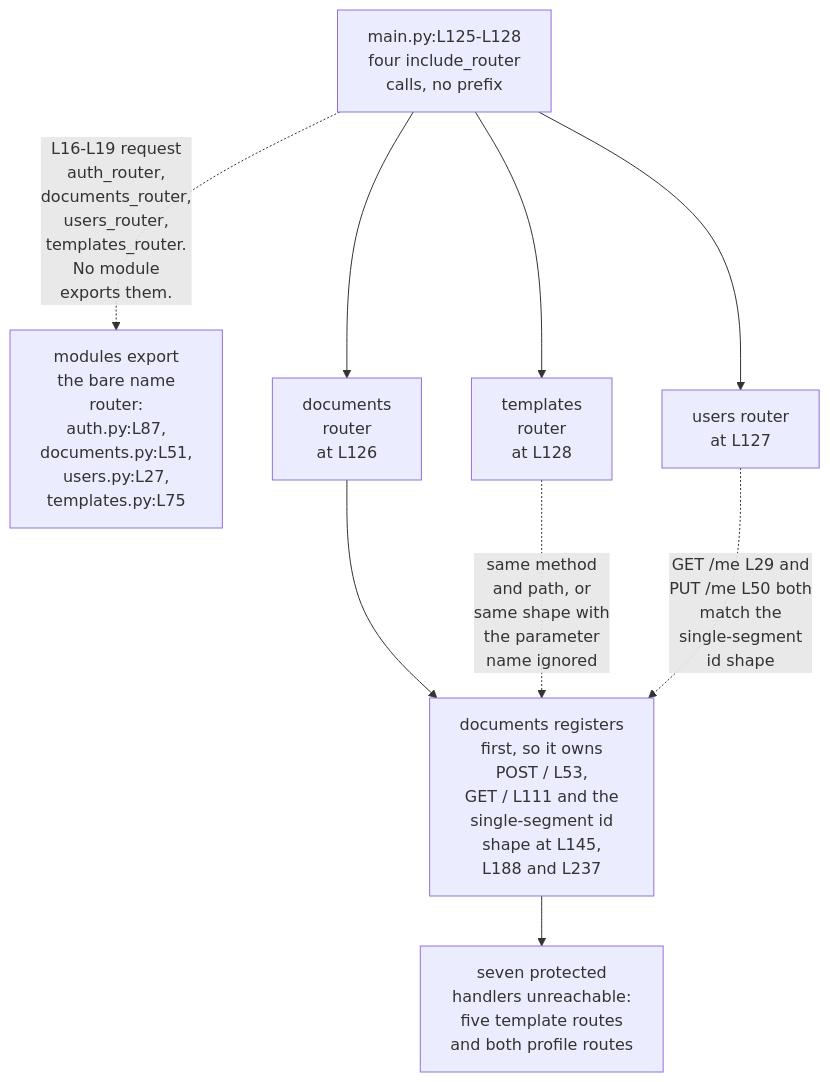
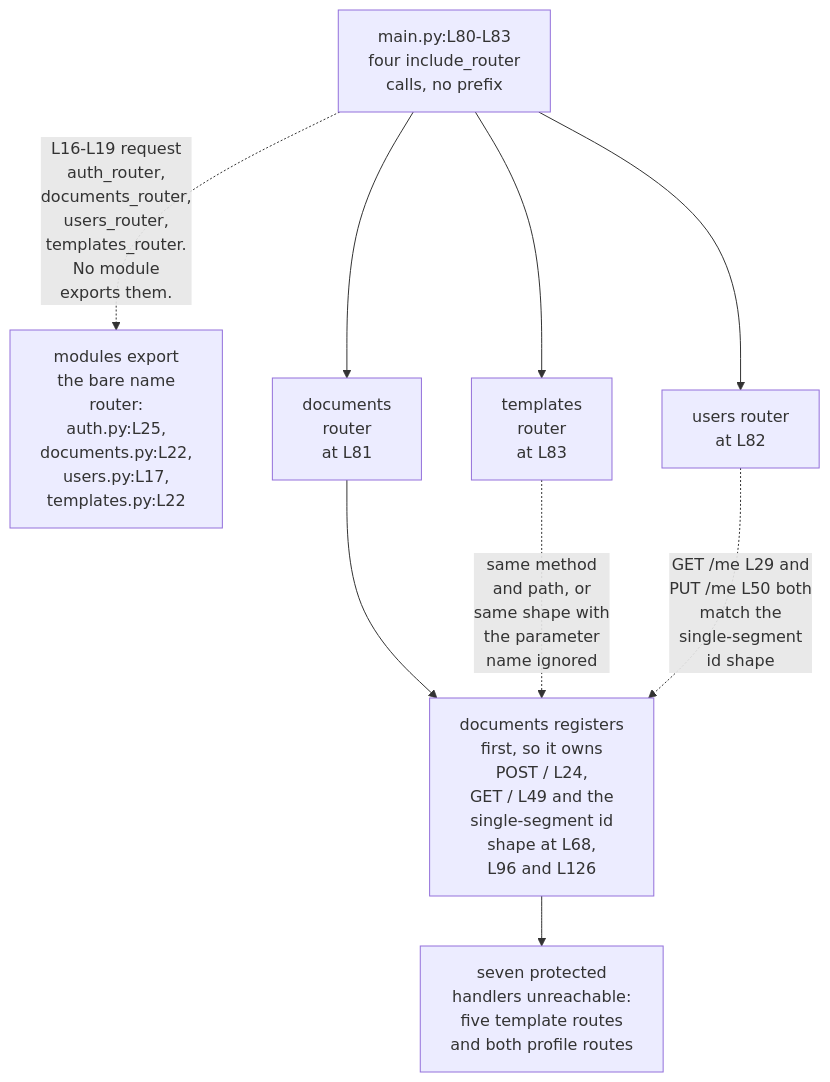
The second of 2 diagrams in backend/app/api/README.md (blitzy-public-samples/microsoft-word-u33ko0), drawn with Mermaid before and after one commit. The commit also changed other lines of this file and 69 other files, not shown here.

````diff
--- a/backend/app/api/README.md
+++ b/backend/app/api/README.md
@@ -186,19 +189,19 @@
 ```mermaid
 graph TD
     accTitle: Why the documents router owns every colliding path
     accDescr: main.py mounts all four routers with no prefix, so identical paths collide. The documents router registers first and owns the shared shapes, leaving seven protected handlers unreachable.
-    MAIN["main.py:L125-L128<br/>four include_router<br/>calls, no prefix"]
-    NAMES["modules export<br/>the bare name<br/>router:<br/>auth.py:L87,<br/>documents.py:L51,<br/>users.py:L27,<br/>templates.py:L75"]
+    MAIN["main.py:L80-L83<br/>four include_router<br/>calls, no prefix"]
+    NAMES["modules export<br/>the bare name<br/>router:<br/>auth.py:L25,<br/>documents.py:L22,<br/>users.py:L17,<br/>templates.py:L22"]
 
     MAIN -.->|"L16-L19 request<br/>auth_router,<br/>documents_router,<br/>users_router,<br/>templates_router.<br/>No module<br/>exports them."| NAMES
 
-    MAIN --> D["documents<br/>router<br/>at L126"]
-    MAIN --> U["users router<br/>at L127"]
-    MAIN --> T["templates<br/>router<br/>at L128"]
+    MAIN --> D["documents<br/>router<br/>at L81"]
+    MAIN --> U["users router<br/>at L82"]
+    MAIN --> T["templates<br/>router<br/>at L83"]
 
-    D --> WIN["documents registers<br/>first, so it owns<br/>POST / L53,<br/>GET / L111 and the<br/>single-segment id<br/>shape at L145,<br/>L188 and L237"]
+    D --> WIN["documents registers<br/>first, so it owns<br/>POST / L24,<br/>GET / L49 and the<br/>single-segment id<br/>shape at L68,<br/>L96 and L126"]
     T -.->|"same method<br/>and path, or<br/>same shape with<br/>the parameter<br/>name ignored"| WIN
     U -.->|"GET /me L29 and<br/>PUT /me L50 both<br/>match the<br/>single-segment<br/>id shape"| WIN
 
     WIN --> OUT["seven protected<br/>handlers unreachable:<br/>five template routes<br/>and both profile routes"]
 ```
````
